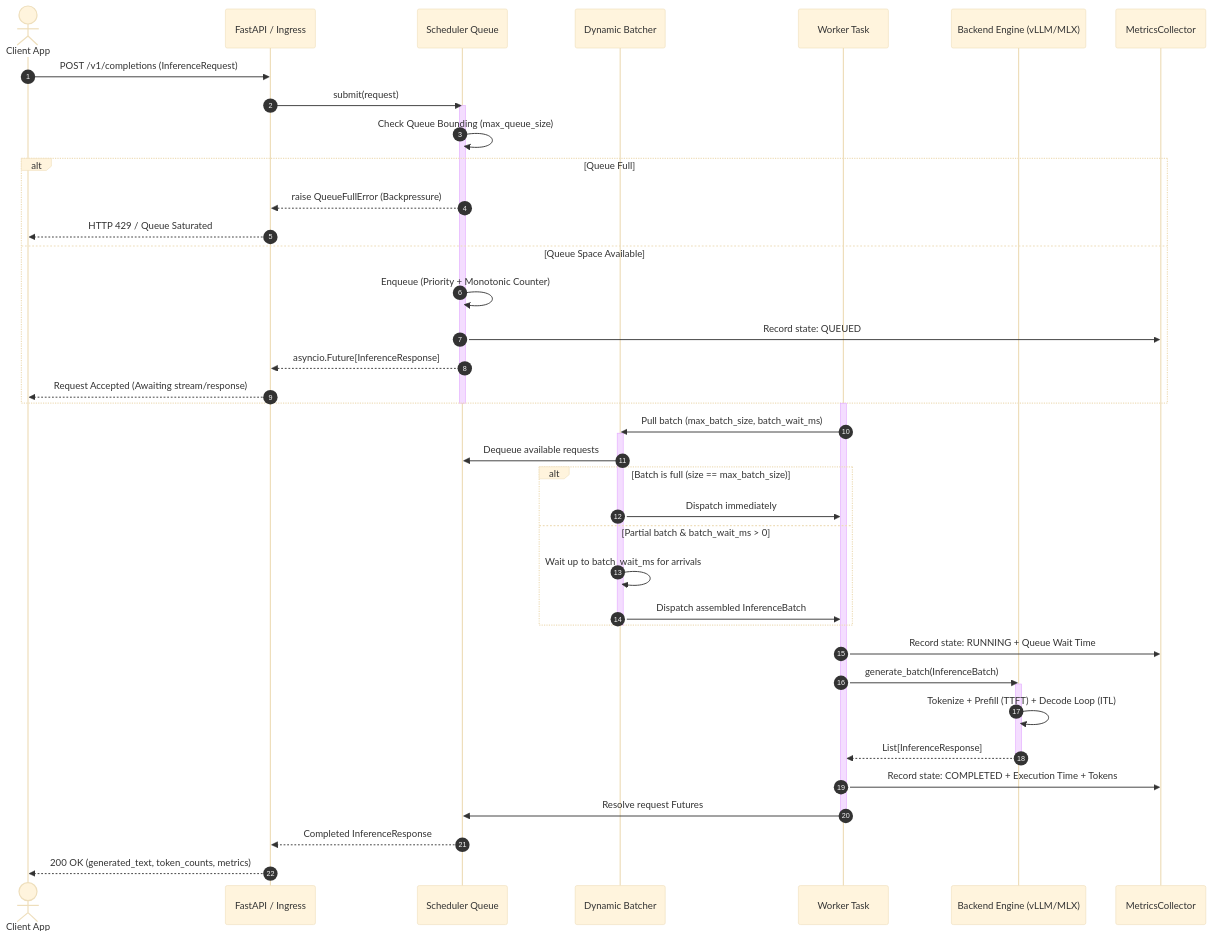
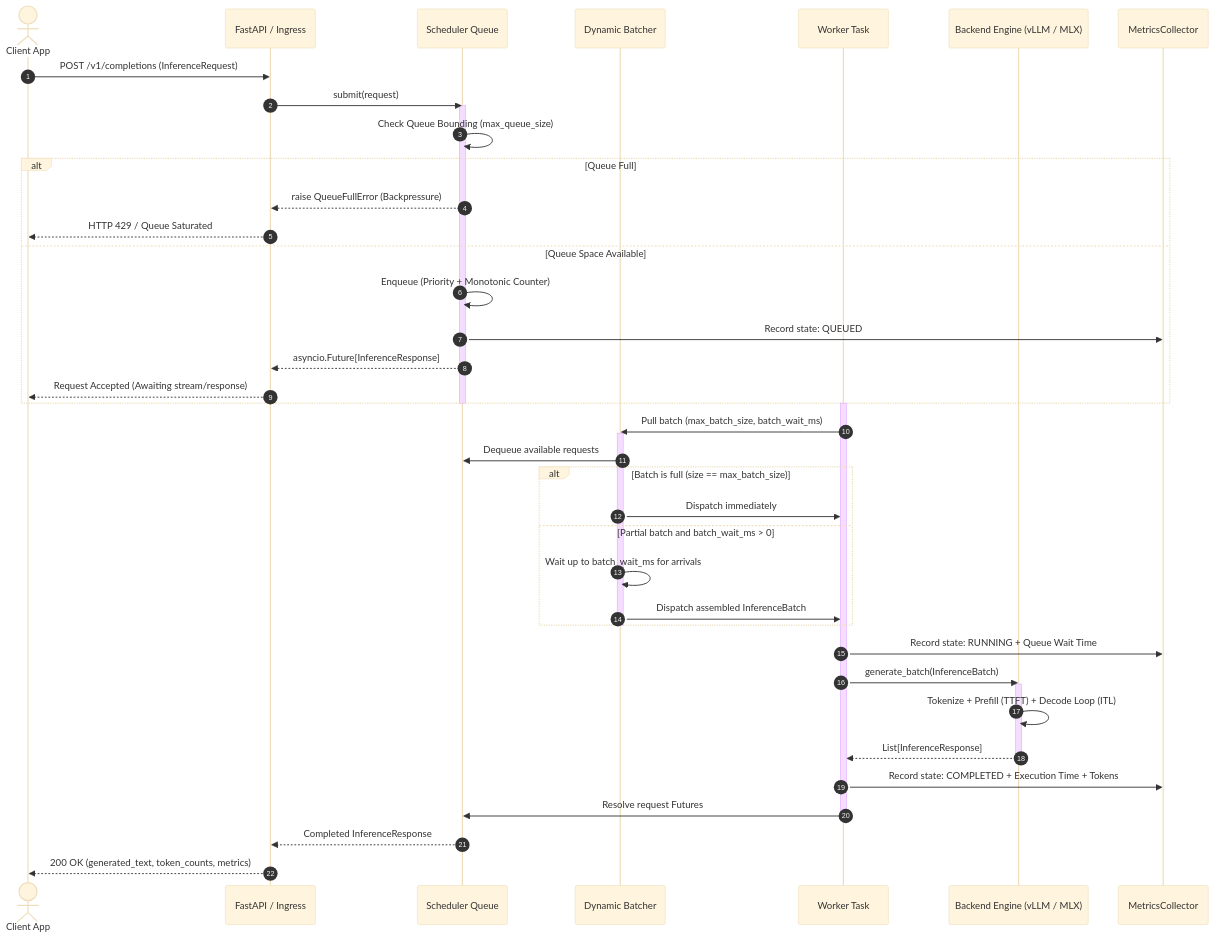
One commit to suyash639/InferOpt changed the second of 5 diagrams in README.md. Above: the diagram before and after it, drawn with Mermaid (base theme). The commit also changed other lines of this file and 2 other files, not shown here.

````diff
--- a/README.md
+++ b/README.md
@@ -175,52 +168,52 @@
 ```mermaid
 sequenceDiagram
     autonumber
     actor Client as Client App
     participant API as FastAPI / Ingress
     participant Sched as Scheduler Queue
     participant Batcher as Dynamic Batcher
     participant Worker as Worker Task
-    participant Backend as Backend Engine (vLLM/MLX)
+    participant Backend as Backend Engine (vLLM / MLX)
     participant Telem as MetricsCollector
 
     Client->>API: POST /v1/completions (InferenceRequest)
     API->>Sched: submit(request)
     activate Sched
     Sched->>Sched: Check Queue Bounding (max_queue_size)
     alt Queue Full
         Sched-->>API: raise QueueFullError (Backpressure)
         API-->>Client: HTTP 429 / Queue Saturated
     else Queue Space Available
         Sched->>Sched: Enqueue (Priority + Monotonic Counter)
         Sched->>Telem: Record state: QUEUED
         Sched-->>API: asyncio.Future[InferenceResponse]
         API-->>Client: Request Accepted (Awaiting stream/response)
     end
     deactivate Sched
 
     activate Worker
     Worker->>Batcher: Pull batch (max_batch_size, batch_wait_ms)
     activate Batcher
     Batcher->>Sched: Dequeue available requests
     alt Batch is full (size == max_batch_size)
         Batcher->>Worker: Dispatch immediately
-    else Partial batch & batch_wait_ms > 0
+    else Partial batch and batch_wait_ms > 0
         Batcher->>Batcher: Wait up to batch_wait_ms for arrivals
         Batcher->>Worker: Dispatch assembled InferenceBatch
     end
     deactivate Batcher
 
     Worker->>Telem: Record state: RUNNING + Queue Wait Time
     Worker->>Backend: generate_batch(InferenceBatch)
     activate Backend
     Backend->>Backend: Tokenize + Prefill (TTFT) + Decode Loop (ITL)
     Backend-->>Worker: List[InferenceResponse]
     deactivate Backend
 
     Worker->>Telem: Record state: COMPLETED + Execution Time + Tokens
     Worker->>Sched: Resolve request Futures
     deactivate Worker
 
     Sched-->>API: Completed InferenceResponse
     API-->>Client: 200 OK (generated_text, token_counts, metrics)
 ```
````
